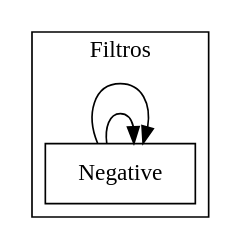
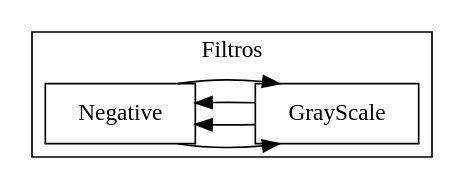
Before and after one commit to Eduardo01004/EDD_2S2019_PY1_201612124: the diagram in Proyecto1/ListaCircular.dot, drawn with Graphviz. The commit also changed 22 other files, not shown here.

```diff
--- a/Proyecto1/ListaCircular.dot
+++ b/Proyecto1/ListaCircular.dot
@@ -1,9 +1,12 @@
 digraph G {rankdir=LR;
 
  
  subgraph cluster3{label="Filtros";
-1289928[shape=box,label=" Negative "];
-1289928 -> 1289928 ;
-1289928->1289928 ;
+9023176[shape=box,label=" Negative "];
+9023176 -> 9023344 ;
+9023344->9023176 ;
+9023344[shape=box,label=" GrayScale "];
+9023344 -> 9023176 ;
+9023176->9023344 ;
 }
 }
```
